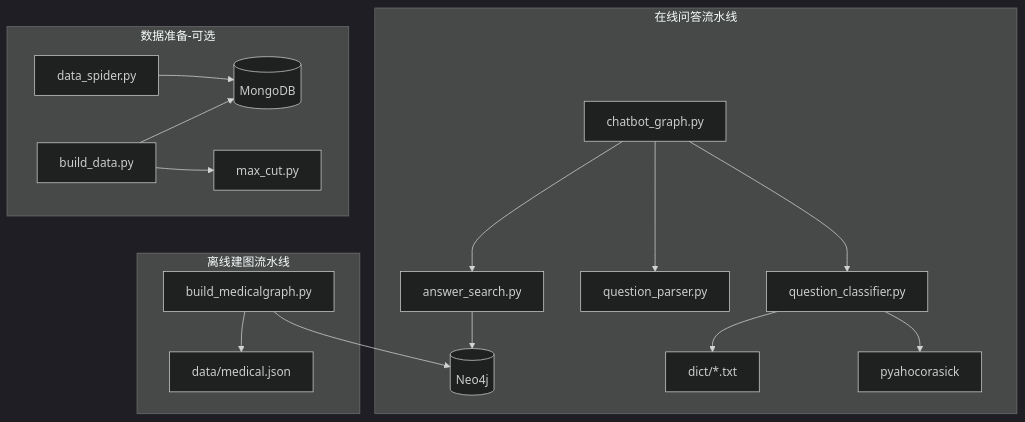
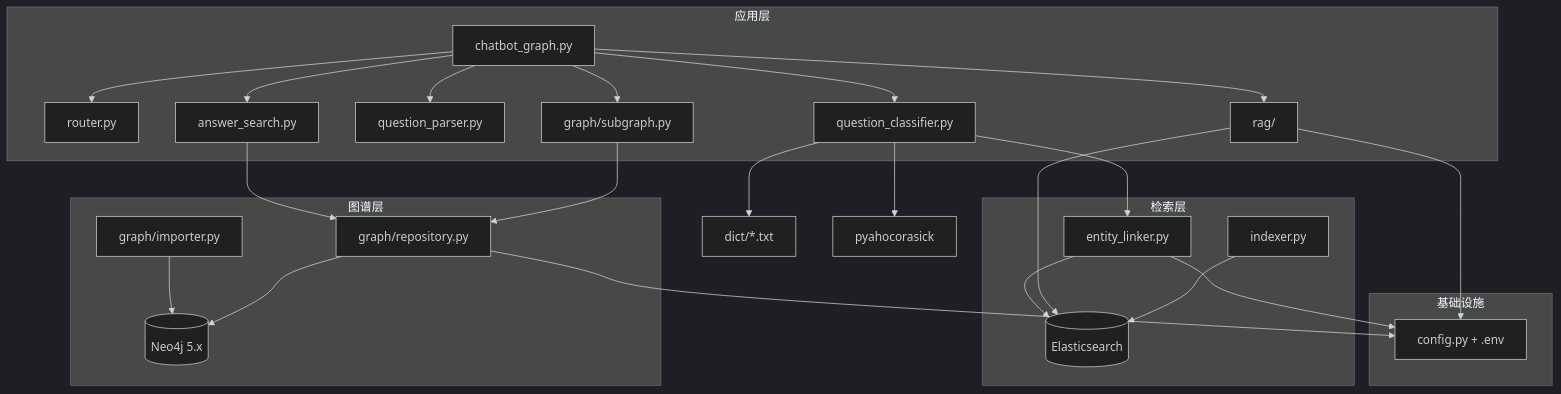
The first of 3 diagrams in doc/项目分析.md (17801020645/QASystemOnMedicalKG), drawn with Mermaid (dark theme) before and after one commit. The commit also changed other lines of this file and 4 other files, not shown here.

````diff
--- a/doc/项目分析.md
+++ b/doc/项目分析.md
@@ -88,31 +101,45 @@
 ```mermaid
 graph TD
-    subgraph qa [在线问答流水线]
+    subgraph app [应用层]
         CG[chatbot_graph.py]
+        RT[router.py]
         QC[question_classifier.py]
         QP[question_parser.py]
         AS[answer_search.py]
+        CG --> RT
         CG --> QC
         CG --> QP
         CG --> AS
-        AS --> Neo4j[(Neo4j)]
-        QC --> Dict[dict/*.txt]
-        QC --> AC[pyahocorasick]
+        CG --> RAG[rag/]
+        CG --> SG[graph/subgraph.py]
     end
 
-    subgraph offline [离线建图流水线]
-        BMG[build_medicalgraph.py]
-        JSON[data/medical.json]
-        BMG --> JSON
-        BMG --> Neo4j
+    subgraph retrieval_layer [检索层]
+        EL[entity_linker.py]
+        IDX[indexer.py]
+        ES[(Elasticsearch)]
+        QC --> EL
+        EL --> ES
+        RAG --> ES
+        IDX --> ES
     end
 
-    subgraph prepare [数据准备-可选]
-        DS[data_spider.py]
-        BD[build_data.py]
-        MC[max_cut.py]
-        DS --> MongoDB[(MongoDB)]
-        BD --> MC
-        BD --> MongoDB
+    subgraph graph_layer [图谱层]
+        GR[graph/repository.py]
+        GI[graph/importer.py]
+        AS --> GR
+        SG --> GR
+        GI --> Neo4j[(Neo4j 5.x)]
+        GR --> Neo4j
     end
+
+    subgraph infra [基础设施]
+        CFG[config.py + .env]
+        GR --> CFG
+        EL --> CFG
+        RAG --> CFG
+    end
+
+    QC --> Dict[dict/*.txt]
+    QC --> AC[pyahocorasick]
 ```
````
